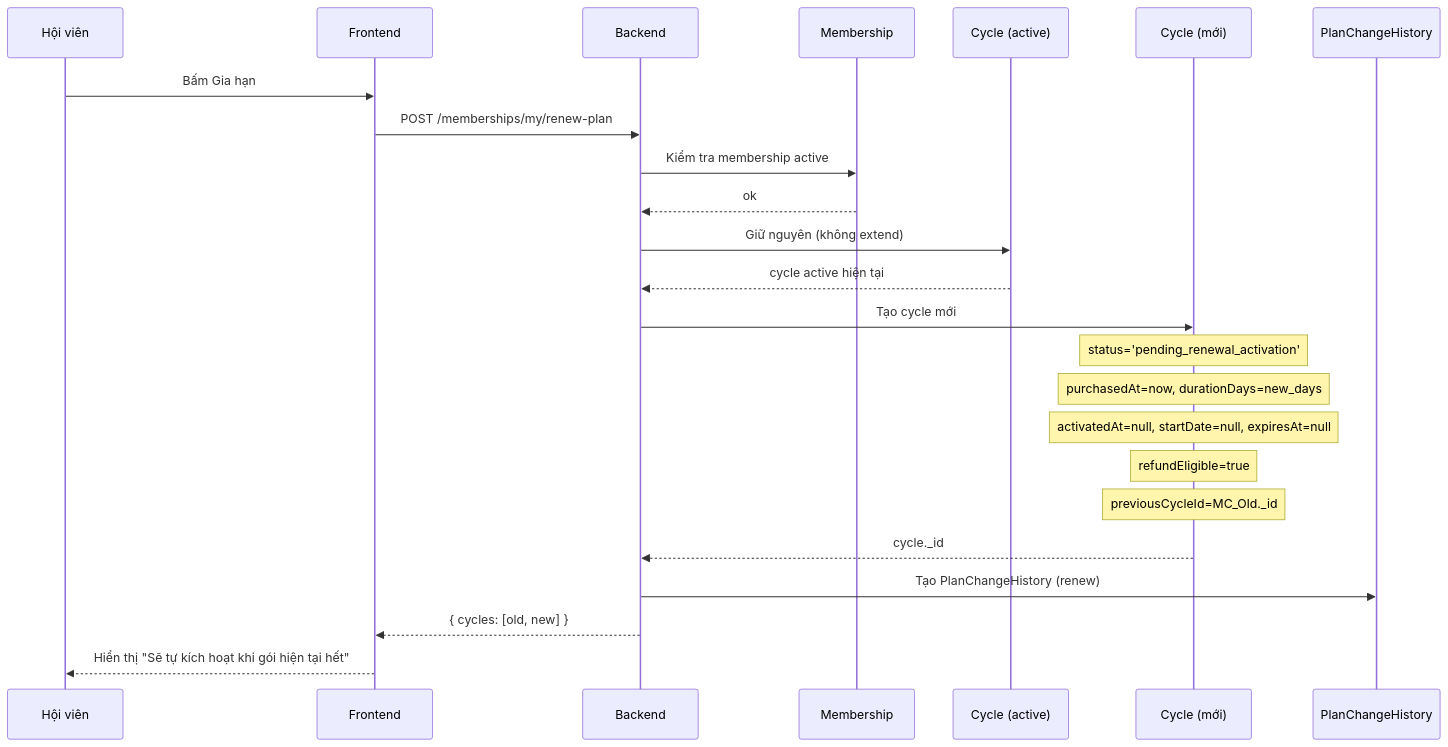
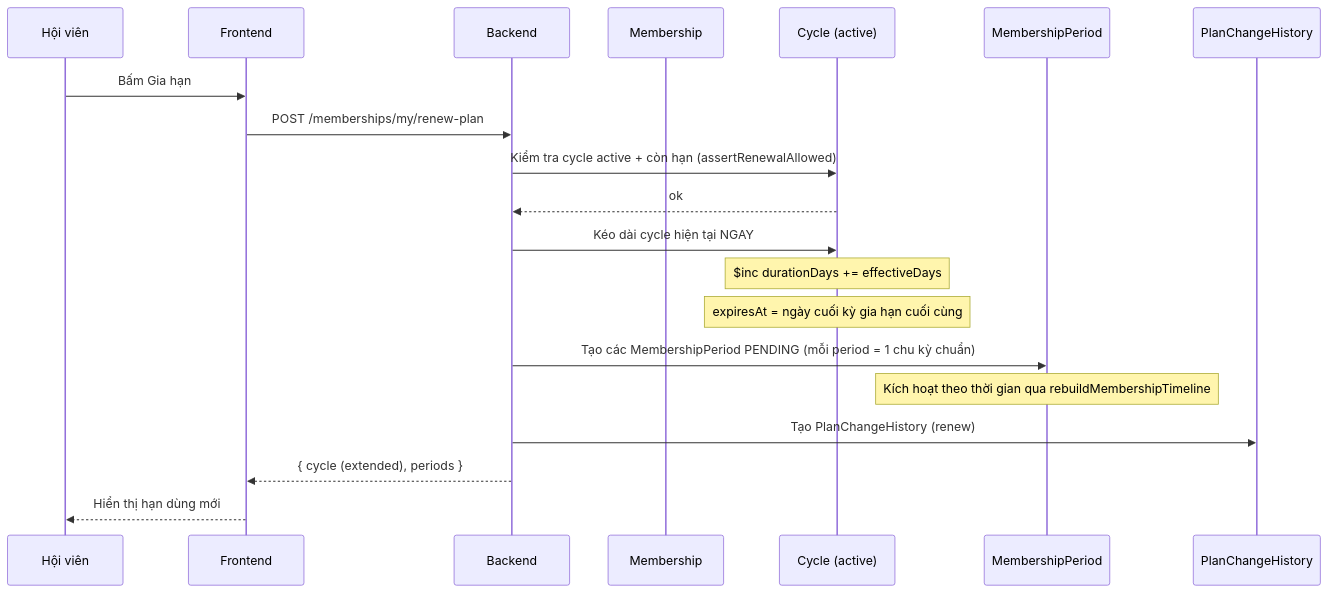
One commit to quyen-dx/gymsystem changed the seventh of 9 diagrams in docs/MEMBERSHIP_SYSTEM_ARCHITECTURE.md. Above: the diagram before and after it, drawn with Mermaid. The commit also changed other lines of this file and 148 other files, not shown here.

````diff
--- a/docs/MEMBERSHIP_SYSTEM_ARCHITECTURE.md
+++ b/docs/MEMBERSHIP_SYSTEM_ARCHITECTURE.md
@@ -266,32 +263,27 @@
 ```mermaid
 sequenceDiagram
     participant Member as Hội viên
     participant FE as Frontend
     participant BE as Backend
     participant M as Membership
-    participant MC_Old as Cycle (active)
-    participant MC_New as Cycle (mới)
+    participant MC as Cycle (active)
+    participant MP as MembershipPeriod
     participant PCH as PlanChangeHistory
 
     Member->>FE: Bấm Gia hạn
     FE->>BE: POST /memberships/my/renew-plan
 
-    BE->>M: Kiểm tra membership active
-    M-->>BE: ok
+    BE->>MC: Kiểm tra cycle active + còn hạn (assertRenewalAllowed)
+    MC-->>BE: ok
 
-    BE->>MC_Old: Giữ nguyên (không extend)
-    MC_Old-->>BE: cycle active hiện tại
+    BE->>MC: Kéo dài cycle hiện tại NGAY
+    Note over MC: $inc durationDays += effectiveDays
+    Note over MC: expiresAt = ngày cuối kỳ gia hạn cuối cùng
 
-    BE->>MC_New: Tạo cycle mới
-    Note over MC_New: status='pending_renewal_activation'
-    Note over MC_New: purchasedAt=now, durationDays=new_days
-    Note over MC_New: activatedAt=null, startDate=null, expiresAt=null
-    Note over MC_New: refundEligible=true
-    Note over MC_New: previousCycleId=MC_Old._id
-    MC_New-->>BE: cycle._id
-
+    BE->>MP: Tạo các MembershipPeriod PENDING (mỗi period = 1 chu kỳ chuẩn)
+    Note over MP: Kích hoạt theo thời gian qua rebuildMembershipTimeline
     BE->>PCH: Tạo PlanChangeHistory (renew)
 
-    BE-->>FE: { cycles: [old, new] }
-    FE-->>Member: Hiển thị "Sẽ tự kích hoạt khi gói hiện tại hết"
+    BE-->>FE: { cycle (extended), periods }
+    FE-->>Member: Hiển thị hạn dùng mới
 ```
````
